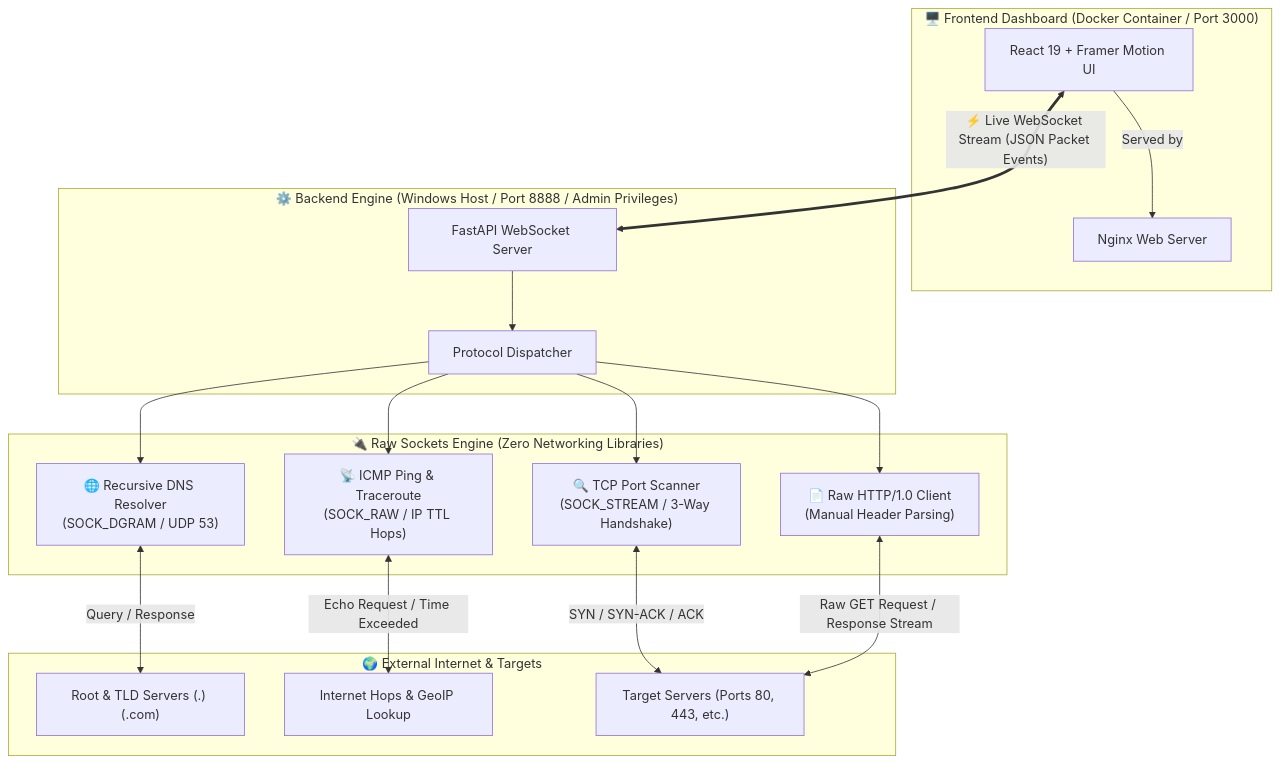
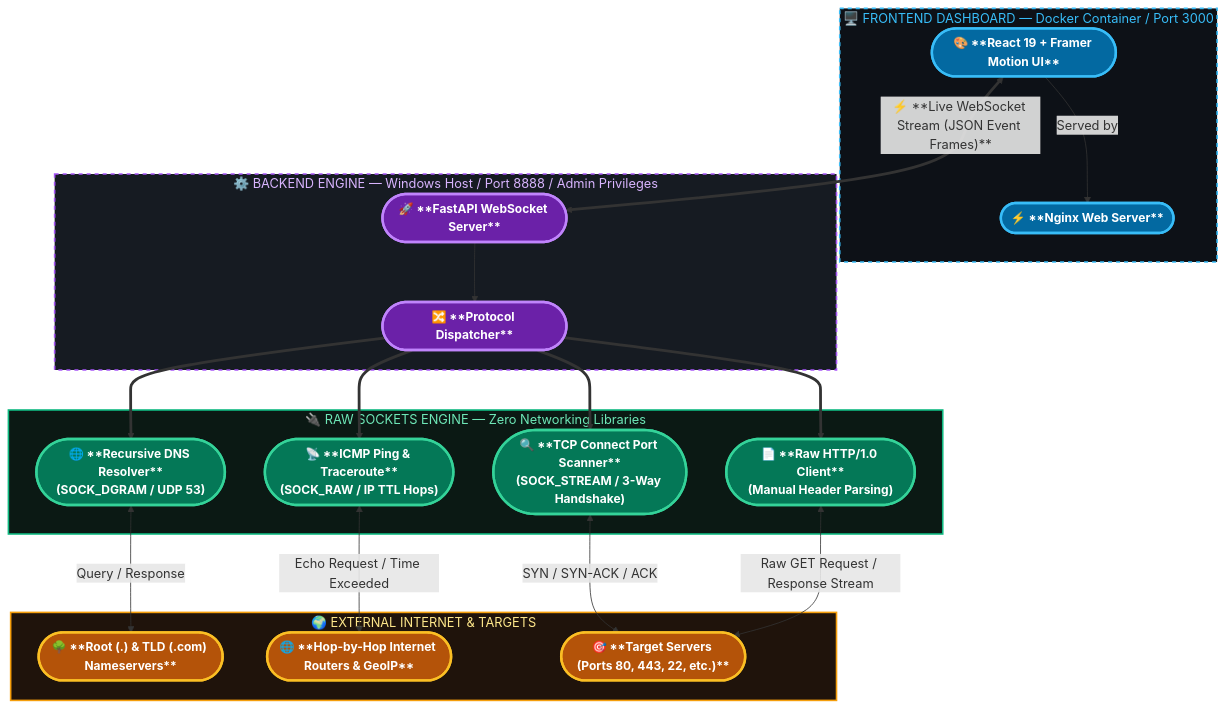
The diagram in README.md (Nitin4381/ByteTrace), drawn with Mermaid before and after one commit.

Commit message:
Upgrade Mermaid architecture diagram with vibrant colors, curved edges, and bold typography

````diff
--- a/README.md
+++ b/README.md
@@ -29,39 +29,56 @@
 ```mermaid
 graph TD
-    subgraph Frontend["🖥️ Frontend Dashboard (Docker Container / Port 3000)"]
-        UI["React 19 + Framer Motion UI"]
-        Nginx["Nginx Web Server"]
+    %% Subgraph styling
+    style Frontend fill:#0d1117,stroke:#38bdf8,stroke-width:2px,color:#38bdf8,stroke-dasharray: 5 5
+    style Backend fill:#161b22,stroke:#a855f7,stroke-width:2px,color:#d8b4fe,stroke-dasharray: 5 5
+    style RawSockets fill:#0b1914,stroke:#10b981,stroke-width:2px,color:#6ee7b7
+    style Internet fill:#1f130b,stroke:#f59e0b,stroke-width:2px,color:#fde68a
+
+    subgraph Frontend [ 🖥️ FRONTEND DASHBOARD — Docker Container / Port 3000 ]
+        UI(["🎨 **React 19 + Framer Motion UI**"])
+        Nginx(["⚡ **Nginx Web Server**"])
         UI -->|"Served by"| Nginx
     end
 
-    subgraph Backend["⚙️ Backend Engine (Windows Host / Port 8888 / Admin Privileges)"]
-        FastAPI["FastAPI WebSocket Server"]
-        Router["Protocol Dispatcher"]
+    subgraph Backend [ ⚙️ BACKEND ENGINE — Windows Host / Port 8888 / Admin Privileges ]
+        FastAPI(["🚀 **FastAPI WebSocket Server**"])
+        Router(["🔀 **Protocol Dispatcher**"])
         FastAPI --> Router
     end
 
-    UI <==>|"⚡ Live WebSocket Stream (JSON Packet Events)"| FastAPI
+    UI <==>|"⚡ **Live WebSocket Stream (JSON Event Frames)**"| FastAPI
 
-    subgraph RawSockets["🔌 Raw Sockets Engine (Zero Networking Libraries)"]
-        DNS["🌐 Recursive DNS Resolver<br/>(SOCK_DGRAM / UDP 53)"]
-        ICMP["📡 ICMP Ping & Traceroute<br/>(SOCK_RAW / IP TTL Hops)"]
-        TCP["🔍 TCP Port Scanner<br/>(SOCK_STREAM / 3-Way Handshake)"]
-        HTTP["📄 Raw HTTP/1.0 Client<br/>(Manual Header Parsing)"]
+    subgraph RawSockets [ 🔌 RAW SOCKETS ENGINE — Zero Networking Libraries ]
+        DNS(["🌐 **Recursive DNS Resolver**<br/>(SOCK_DGRAM / UDP 53)"])
+        ICMP(["📡 **ICMP Ping & Traceroute**<br/>(SOCK_RAW / IP TTL Hops)"])
+        TCP(["🔍 **TCP Connect Port Scanner**<br/>(SOCK_STREAM / 3-Way Handshake)"])
+        HTTP(["📄 **Raw HTTP/1.0 Client**<br/>(Manual Header Parsing)"])
     end
 
-    Router --> DNS
-    Router --> ICMP
-    Router --> TCP
-    Router --> HTTP
+    Router ==> DNS
+    Router ==> ICMP
+    Router ==> TCP
+    Router ==> HTTP
 
-    subgraph Internet["🌍 External Internet & Targets"]
-        Root["Root & TLD Servers (.) (.com)"]
-        Hops["Internet Hops & GeoIP Lookup"]
-        Targets["Target Servers (Ports 80, 443, etc.)"]
+    subgraph Internet [ 🌍 EXTERNAL INTERNET & TARGETS ]
+        Root(["🌳 **Root (.) & TLD (.com) Nameservers**"])
+        Hops(["🌐 **Hop-by-Hop Internet Routers & GeoIP**"])
+        Targets(["🎯 **Target Servers (Ports 80, 443, 22, etc.)**"])
     end
 
     DNS <-->|"Query / Response"| Root
     ICMP <-->|"Echo Request / Time Exceeded"| Hops
     TCP <-->|"SYN / SYN-ACK / ACK"| Targets
     HTTP <-->|"Raw GET Request / Response Stream"| Targets
+
+    %% Modern Node Class Definitions with Vibrant Colors & Curved Edges
+    classDef frontNode fill:#0369a1,stroke:#38bdf8,stroke-width:3px,color:#ffffff,font-size:15px,font-weight:bold,rx:20,ry:20;
+    classDef backNode fill:#6b21a8,stroke:#c084fc,stroke-width:3px,color:#ffffff,font-size:15px,font-weight:bold,rx:20,ry:20;
+    classDef socketNode fill:#047857,stroke:#34d399,stroke-width:3px,color:#ffffff,font-size:15px,font-weight:bold,rx:20,ry:20;
+    classDef netNode fill:#b45309,stroke:#fbbf24,stroke-width:3px,color:#ffffff,font-size:15px,font-weight:bold,rx:20,ry:20;
+
+    class UI,Nginx frontNode;
+    class FastAPI,Router backNode;
+    class DNS,ICMP,TCP,HTTP socketNode;
+    class Root,Hops,Targets netNode;
 ```
````
